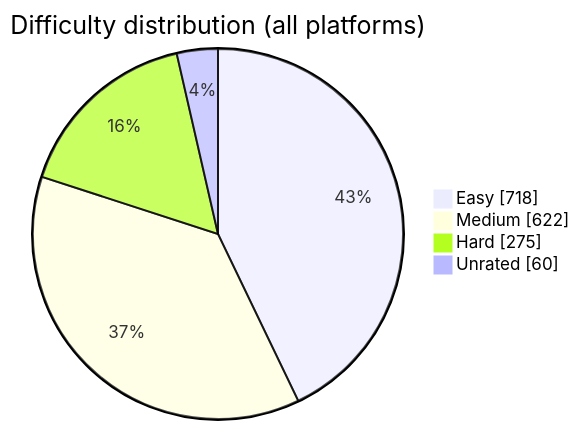
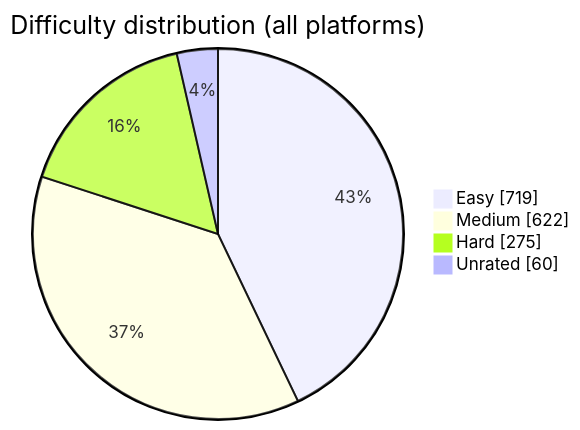
The diagram in README.md (BuildbyArindam/Daily-Coding-Log), drawn with Mermaid before and after one commit. The commit also changed other lines of this file, not shown here.

````diff
--- a/README.md
+++ b/README.md
@@ -93,7 +93,7 @@
 ```mermaid
 pie showData title Difficulty distribution (all platforms)
-    "Easy" : 718
+    "Easy" : 719
     "Medium" : 622
     "Hard" : 275
     "Unrated" : 60
 ```
````
